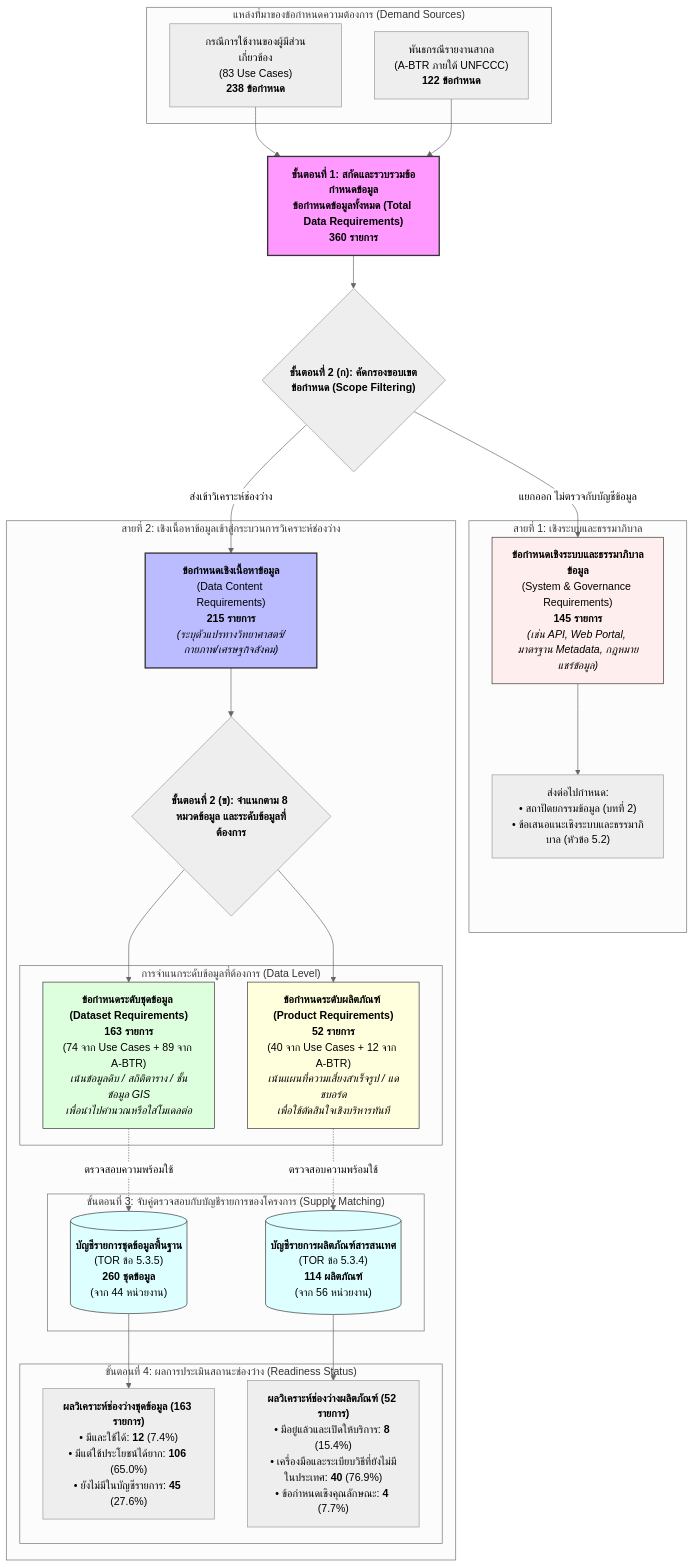
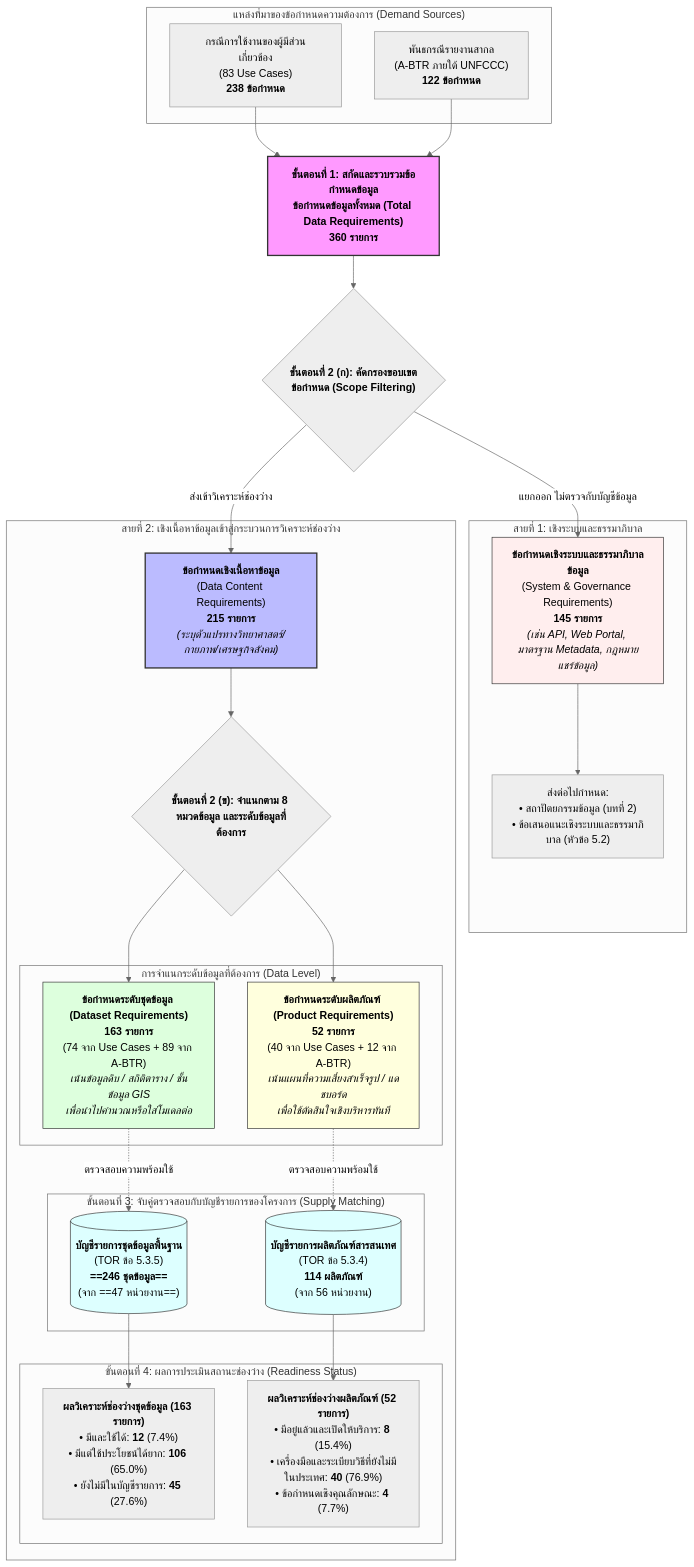
One commit to Bossax/arun-creagy changed the diagram in ψ/incubate/drafts/crdb-full-report-5.1/draft-v2.md. Above: the diagram before and after it, drawn with Mermaid (neutral theme). The commit also changed other lines of this file and 742 other files, not shown here.

````diff
--- a/ψ/incubate/drafts/crdb-full-report-5.1/draft-v2.md
+++ b/ψ/incubate/drafts/crdb-full-report-5.1/draft-v2.md
@@ -47,60 +47,60 @@
 ```mermaid
 flowchart TD
     subgraph S1 ["แหล่งที่มาของข้อกำหนดความต้องการ (Demand Sources)"]
         UC["กรณีการใช้งานของผู้มีส่วนเกี่ยวข้อง<br/>(83 Use Cases)<br/><b>238 ข้อกำหนด</b>"]
         BTR["พันธกรณีรายงานสากล<br/>(A-BTR ภายใต้ UNFCCC)<br/><b>122 ข้อกำหนด</b>"]
     end
 
     TOTAL["<b>ขั้นตอนที่ 1: สกัดและรวบรวมข้อกำหนดข้อมูล</b><br/><b>ข้อกำหนดข้อมูลทั้งหมด (Total Data Requirements)</b><br/><b>360 รายการ</b>"]
     UC --> TOTAL
     BTR --> TOTAL
 
     TOTAL --> STEP1{"<b>ขั้นตอนที่ 2 (ก): คัดกรองขอบเขตข้อกำหนด (Scope Filtering)</b>"}
 
     subgraph TRACK_SYS ["สายที่ 1: เชิงระบบและธรรมาภิบาล"]
         SYS["<b>ข้อกำหนดเชิงระบบและธรรมาภิบาลข้อมูล</b><br/>(System & Governance Requirements)<br/><b>145 รายการ</b><br/><i>(เช่น API, Web Portal, มาตรฐาน Metadata, กฎหมายแชร์ข้อมูล)</i>"]
         SYS_TARGET["ส่งต่อไปกำหนด:<br/>• สถาปัตยกรรมข้อมูล (บทที่ 2)<br/>• ข้อเสนอแนะเชิงระบบและธรรมาภิบาล (หัวข้อ 5.2)"]
         SYS --> SYS_TARGET
     end
 
     subgraph TRACK_DATA ["สายที่ 2: เชิงเนื้อหาข้อมูลเข้าสู่กระบวนการวิเคราะห์ช่องว่าง"]
         CONTENT["<b>ข้อกำหนดเชิงเนื้อหาข้อมูล</b><br/>(Data Content Requirements)<br/><b>215 รายการ</b><br/><i>(ระบุตัวแปรทางวิทยาศาสตร์/กายภาพ/เศรษฐกิจสังคม)</i>"]
         
         STEP2{"<b>ขั้นตอนที่ 2 (ข): จำแนกตาม 8 หมวดข้อมูล และระดับข้อมูลที่ต้องการ</b>"}
         CONTENT --> STEP2
 
         subgraph SPLIT_TYPE ["การจำแนกระดับข้อมูลที่ต้องการ (Data Level)"]
             REQ_DS["<b>ข้อกำหนดระดับชุดข้อมูล (Dataset Requirements)</b><br/><b>163 รายการ</b><br/>(74 จาก Use Cases + 89 จาก A-BTR)<br/><i>เน้นข้อมูลดิบ / สถิติตาราง / ชั้นข้อมูล GIS<br/>เพื่อนำไปคำนวณหรือใส่โมเดลต่อ</i>"]
             REQ_PR["<b>ข้อกำหนดระดับผลิตภัณฑ์ (Product Requirements)</b><br/><b>52 รายการ</b><br/>(40 จาก Use Cases + 12 จาก A-BTR)<br/><i>เน้นแผนที่ความเสี่ยงสำเร็จรูป / แดชบอร์ด<br/>เพื่อใช้ตัดสินใจเชิงบริหารทันที</i>"]
         end
         STEP2 --> REQ_DS
         STEP2 --> REQ_PR
 
         subgraph INVENTORY ["ขั้นตอนที่ 3: จับคู่ตรวจสอบกับบัญชีรายการของโครงการ (Supply Matching)"]
-            INV_DS[("<b>บัญชีรายการชุดข้อมูลพื้นฐาน</b><br/>(TOR ข้อ 5.3.5)<br/><b>260 ชุดข้อมูล</b><br/>(จาก 44 หน่วยงาน)")]
+            INV_DS[("<b>บัญชีรายการชุดข้อมูลพื้นฐาน</b><br/>(TOR ข้อ 5.3.5)<br/><b>==246 ชุดข้อมูล==</b><br/>(จาก ==47 หน่วยงาน==)")]
             INV_PR[("<b>บัญชีรายการผลิตภัณฑ์สารสนเทศ</b><br/>(TOR ข้อ 5.3.4)<br/><b>114 ผลิตภัณฑ์</b><br/>(จาก 56 หน่วยงาน)")]
         end
 
         REQ_DS -.->|ตรวจสอบความพร้อมใช้| INV_DS
         REQ_PR -.->|ตรวจสอบความพร้อมใช้| INV_PR
 
         subgraph GAP_RESULT ["ขั้นตอนที่ 4: ผลการประเมินสถานะช่องว่าง (Readiness Status)"]
             RES_DS["<b>ผลวิเคราะห์ช่องว่างชุดข้อมูล (163 รายการ)</b><br/>• มีและใช้ได้: <b>12</b> (7.4%)<br/>• มีแต่ใช้ประโยชน์ได้ยาก: <b>106</b> (65.0%)<br/>• ยังไม่มีในบัญชีรายการ: <b>45</b> (27.6%)"]
             RES_PR["<b>ผลวิเคราะห์ช่องว่างผลิตภัณฑ์ (52 รายการ)</b><br/>• มีอยู่แล้วและเปิดให้บริการ: <b>8</b> (15.4%)<br/>• เครื่องมือและระเบียบวิธีที่ยังไม่มีในประเทศ: <b>40</b> (76.9%)<br/>• ข้อกำหนดเชิงคุณลักษณะ: <b>4</b> (7.7%)"]
         end
 
         INV_DS --> RES_DS
         INV_PR --> RES_PR
     end
 
     STEP1 -->|แยกออก ไม่ตรวจกับบัญชีข้อมูล| SYS
     STEP1 -->|ส่งเข้าวิเคราะห์ช่องว่าง| CONTENT
 
     style TOTAL fill:#f9f,stroke:#333,stroke-width:2px
     style CONTENT fill:#bbf,stroke:#333,stroke-width:2px
     style SYS fill:#fee,stroke:#333,stroke-width:1px
     style REQ_DS fill:#dfd,stroke:#333,stroke-width:1px
     style REQ_PR fill:#ffd,stroke:#333,stroke-width:1px
     style INV_DS fill:#dff,stroke:#333,stroke-width:1px
     style INV_PR fill:#dff,stroke:#333,stroke-width:1px
 ```
````
